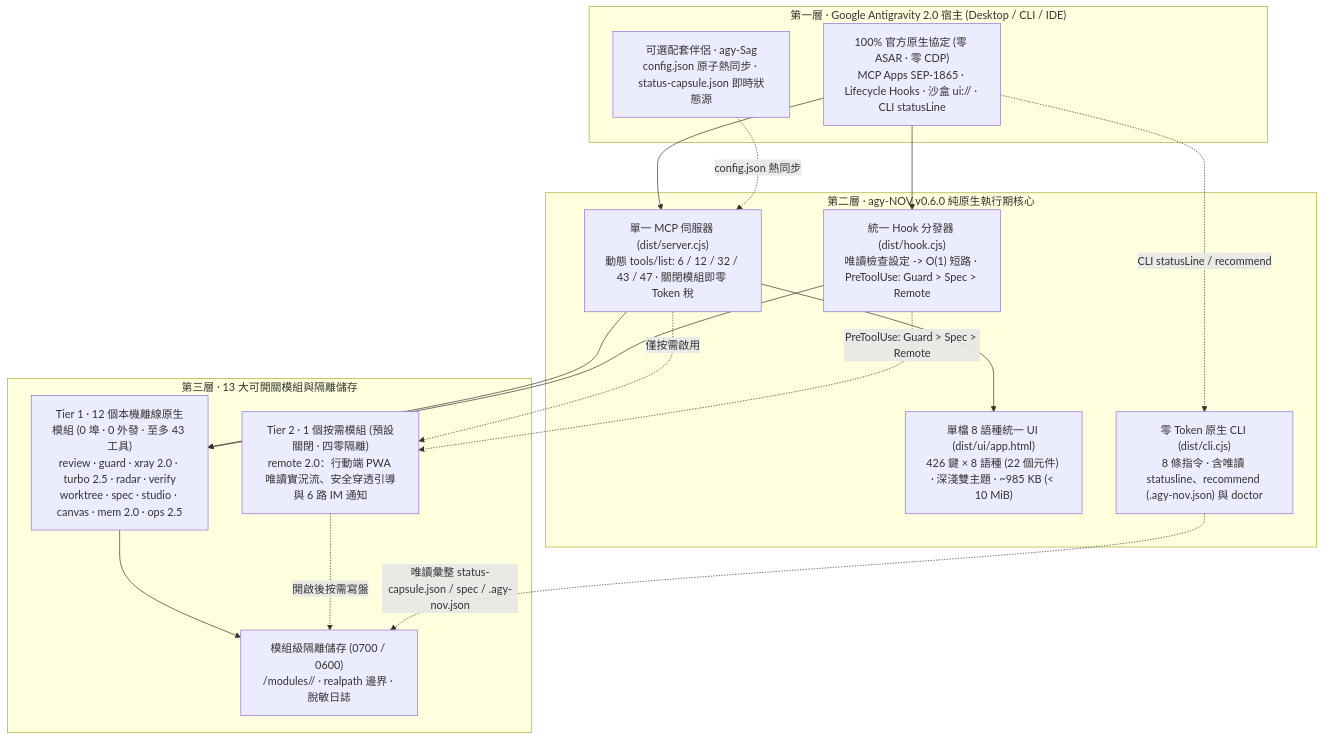
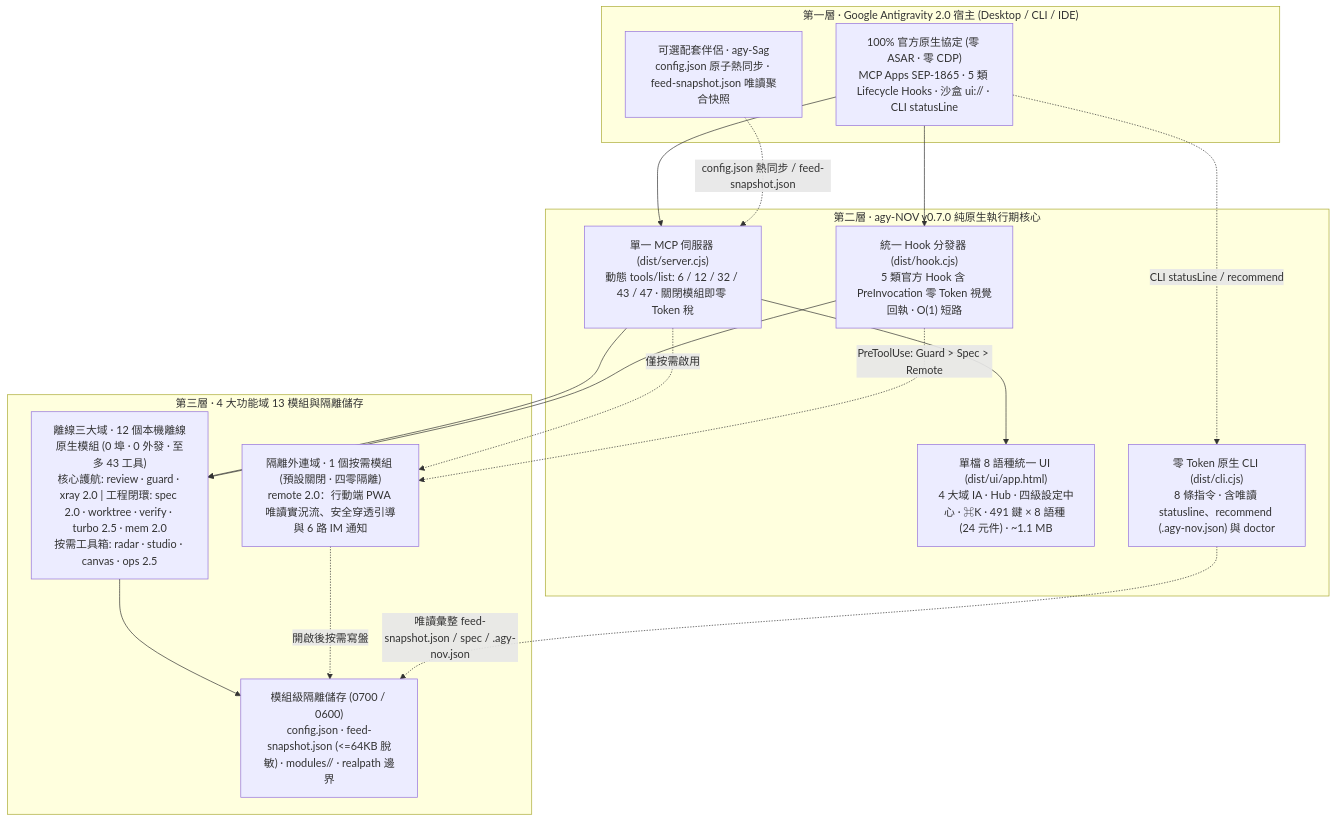
One commit to tone-leh/agy-NOV changed the diagram in docs/i18n/README.zh-TW.md. Above: the diagram before and after it, drawn with Mermaid. The commit also changed other lines of this file and 54 other files, not shown here.

Commit message:
feat: release agy-NOV v0.7.0 (4+1 IA, Settings Hub, Spec 2.0, Dual-Star Feed, PreInvocation)

````diff
--- a/docs/i18n/README.zh-TW.md
+++ b/docs/i18n/README.zh-TW.md
@@ -207,33 +220,33 @@
 ```mermaid
 flowchart TB
   subgraph L1["第一層 · Google Antigravity 2.0 宿主 (Desktop / CLI / IDE)"]
-    Host["100% 官方原生協定 (零 ASAR · 零 CDP)\nMCP Apps SEP-1865 · Lifecycle Hooks · 沙盒 ui:// · CLI statusLine"]
-    Sag["可選配套伴侶 · agy-Sag\nconfig.json 原子熱同步 · status-capsule.json 即時狀態源"]
+    Host["100% 官方原生協定 (零 ASAR · 零 CDP)\nMCP Apps SEP-1865 · 5 類 Lifecycle Hooks · 沙盒 ui:// · CLI statusLine"]
+    Sag["可選配套伴侶 · agy-Sag\nconfig.json 原子熱同步 · feed-snapshot.json 唯讀聚合快照"]
   end
 
-  subgraph L2["第二層 · agy-NOV v0.6.0 純原生執行期核心"]
+  subgraph L2["第二層 · agy-NOV v0.7.0 純原生執行期核心"]
     MCP["單一 MCP 伺服器 (dist/server.cjs)\n動態 tools/list: 6 / 12 / 32 / 43 / 47 · 關閉模組即零 Token 稅"]
-    Hook["統一 Hook 分發器 (dist/hook.cjs)\n唯讀檢查設定 -> O(1) 短路 · PreToolUse: Guard > Spec > Remote"]
-    UI["單檔 8 語種統一 UI (dist/ui/app.html)\n426 鍵 × 8 語種 (22 個元件) · 深淺雙主題 · ~985 KB (< 10 MiB)"]
+    Hook["統一 Hook 分發器 (dist/hook.cjs)\n5 類官方 Hook 含 PreInvocation 零 Token 視覺回執 · O(1) 短路"]
+    UI["單檔 8 語種統一 UI (dist/ui/app.html)\n4 大域 IA · Hub · 四級設定中心 · ⌘K · 491 鍵 × 8 語種 (24 元件) · ~1.1 MB"]
     CLI["零 Token 原生 CLI (dist/cli.cjs)\n8 條指令 · 含唯讀 statusline、recommend (.agy-nov.json) 與 doctor"]
   end
 
-  subgraph L3["第三層 · 13 大可開關模組與隔離儲存"]
-    T1["Tier 1 · 12 個本機離線原生模組 (0 埠 · 0 外發 · 至多 43 工具)\nreview · guard · xray 2.0 · turbo 2.5 · radar · verify\nworktree · spec · studio · canvas · mem 2.0 · ops 2.5"]
-    T2R["Tier 2 · 1 個按需模組 (預設關閉 · 四零隔離)\nremote 2.0：行動端 PWA 唯讀實況流、安全穿透引導與 6 路 IM 通知"]
-    Store["模組級隔離儲存 (0700 / 0600)\n<dataDir>/modules/<id>/ · realpath 邊界 · 脫敏日誌"]
+  subgraph L3["第三層 · 4 大功能域 13 模組與隔離儲存"]
+    T1["離線三大域 · 12 個本機離線原生模組 (0 埠 · 0 外發 · 至多 43 工具)\n核心護航: review · guard · xray 2.0 | 工程閉環: spec 2.0 · worktree · verify · turbo 2.5 · mem 2.0\n按需工具箱: radar · studio · canvas · ops 2.5"]
+    T2R["隔離外連域 · 1 個按需模組 (預設關閉 · 四零隔離)\nremote 2.0：行動端 PWA 唯讀實況流、安全穿透引導與 6 路 IM 通知"]
+    Store["模組級隔離儲存 (0700 / 0600)\nconfig.json · feed-snapshot.json (<=64KB 脫敏) · modules/<id>/ · realpath 邊界"]
   end
 
   Host --> MCP
   Host --> Hook
   Host -. "CLI statusLine / recommend" .-> CLI
-  Sag -. "config.json 熱同步" .-> MCP
+  Sag -. "config.json 熱同步 / feed-snapshot.json" .-> MCP
   MCP --> UI
   MCP --> T1
   MCP -. "僅按需啟用" .-> T2R
   Hook --> T1
   Hook -. "PreToolUse: Guard > Spec > Remote" .-> T2R
   T1 --> Store
   T2R -. "開啟後按需寫盤" .-> Store
-  CLI -. "唯讀彙整 status-capsule.json / spec / .agy-nov.json" .-> Store
+  CLI -. "唯讀彙整 feed-snapshot.json / spec / .agy-nov.json" .-> Store
 ```
````
